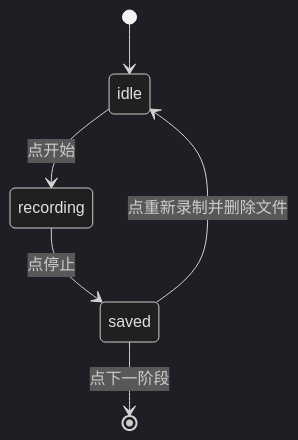
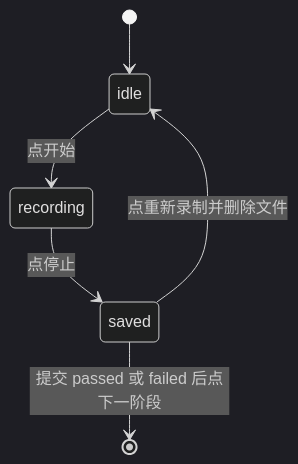
The first of 3 diagrams in docs/DESIGN.md (Chenhui7au/Realsense-DataCollector), drawn with Mermaid (dark theme) before and after one commit. The commit also changed other lines of this file and 18 other files, not shown here.

Commit message:
feat: stage label - passed or failed

````diff
--- a/docs/DESIGN.md
+++ b/docs/DESIGN.md
@@ -122,8 +122,8 @@
 ```mermaid
 stateDiagram-v2
     [*] --> idle
     idle --> recording: 点开始
     recording --> saved: 点停止
     saved --> idle: 点重新录制并删除文件
-    saved --> [*]: 点下一阶段
+    saved --> [*]: 提交 passed 或 failed 后点下一阶段
 ```
````
